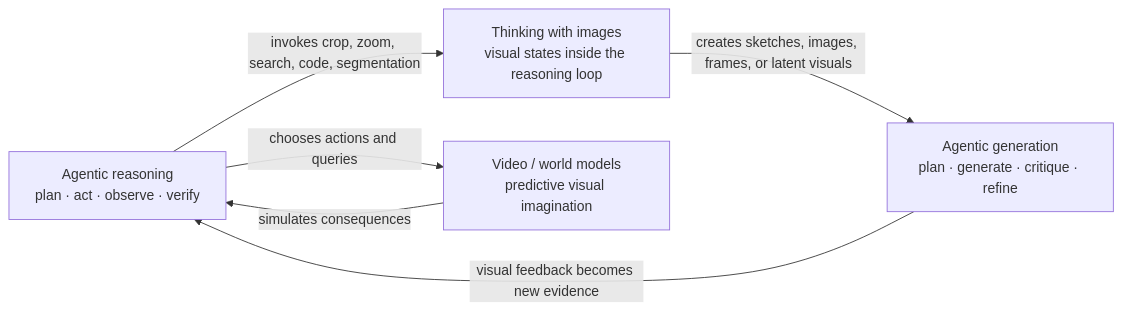
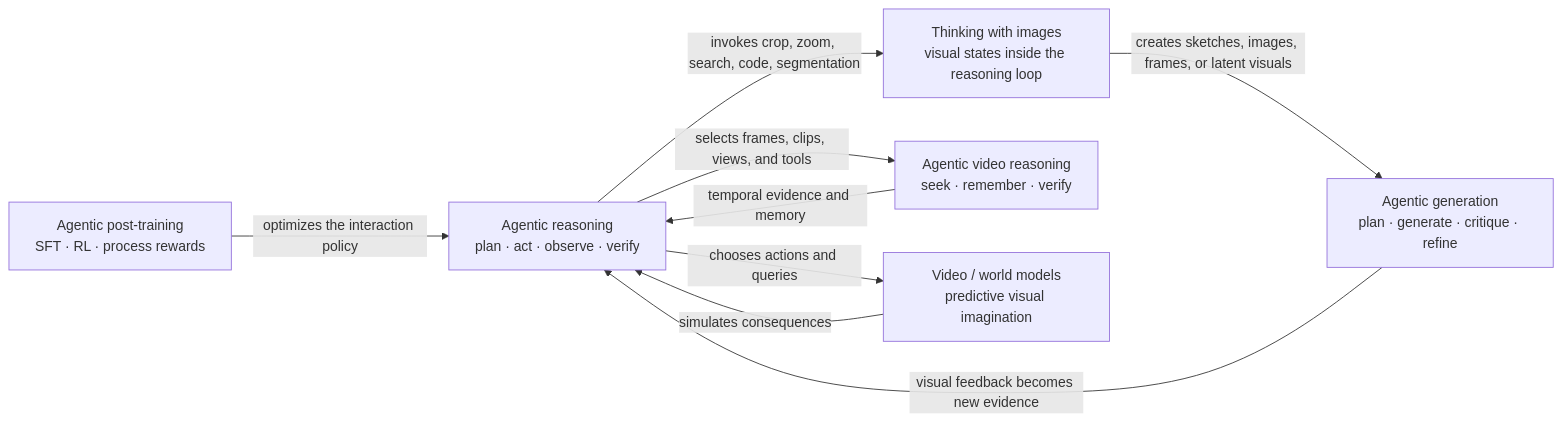
The diagram in README.md (JiwenJ/Awesome-MLLM-Agentic-Reasoning), drawn with Mermaid before and after one commit. The commit also changed other lines of this file, not shown here.

Commit message:
Expand video and agentic reasoning coverage

````diff
--- a/README.md
+++ b/README.md
@@ -31,13 +35,18 @@
 ```mermaid
 flowchart LR
     AR["Agentic reasoning<br/>plan · act · observe · verify"]
     TWI["Thinking with images<br/>visual states inside the reasoning loop"]
     AG["Agentic generation<br/>plan · generate · critique · refine"]
+    VID["Agentic video reasoning<br/>seek · remember · verify"]
+    POST["Agentic post-training<br/>SFT · RL · process rewards"]
     WM["Video / world models<br/>predictive visual imagination"]
 
     AR -->|"invokes crop, zoom, search, code, segmentation"| TWI
     TWI -->|"creates sketches, images, frames, or latent visuals"| AG
     AG -->|"visual feedback becomes new evidence"| AR
+    VID -->|"temporal evidence and memory"| AR
+    POST -->|"optimizes the interaction policy"| AR
+    AR -->|"selects frames, clips, views, and tools"| VID
     WM -->|"simulates consequences"| AR
     AR -->|"chooses actions and queries"| WM
 ```
````
